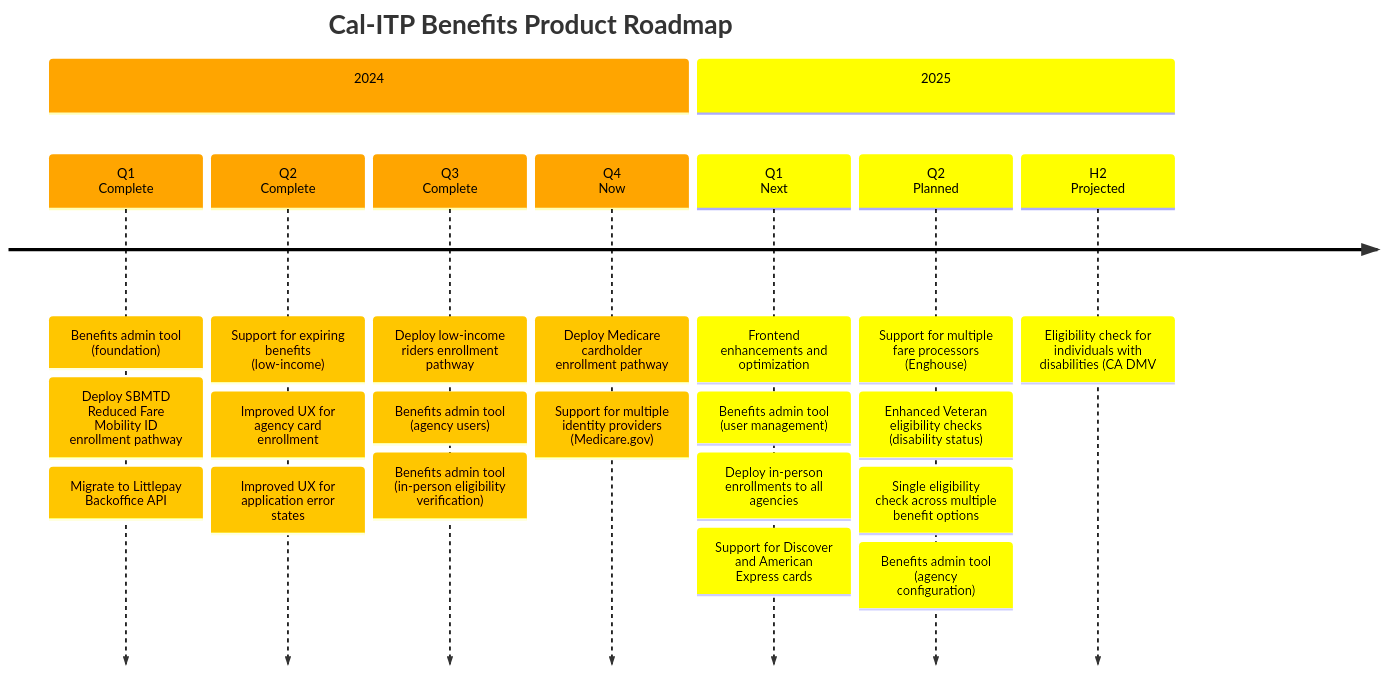
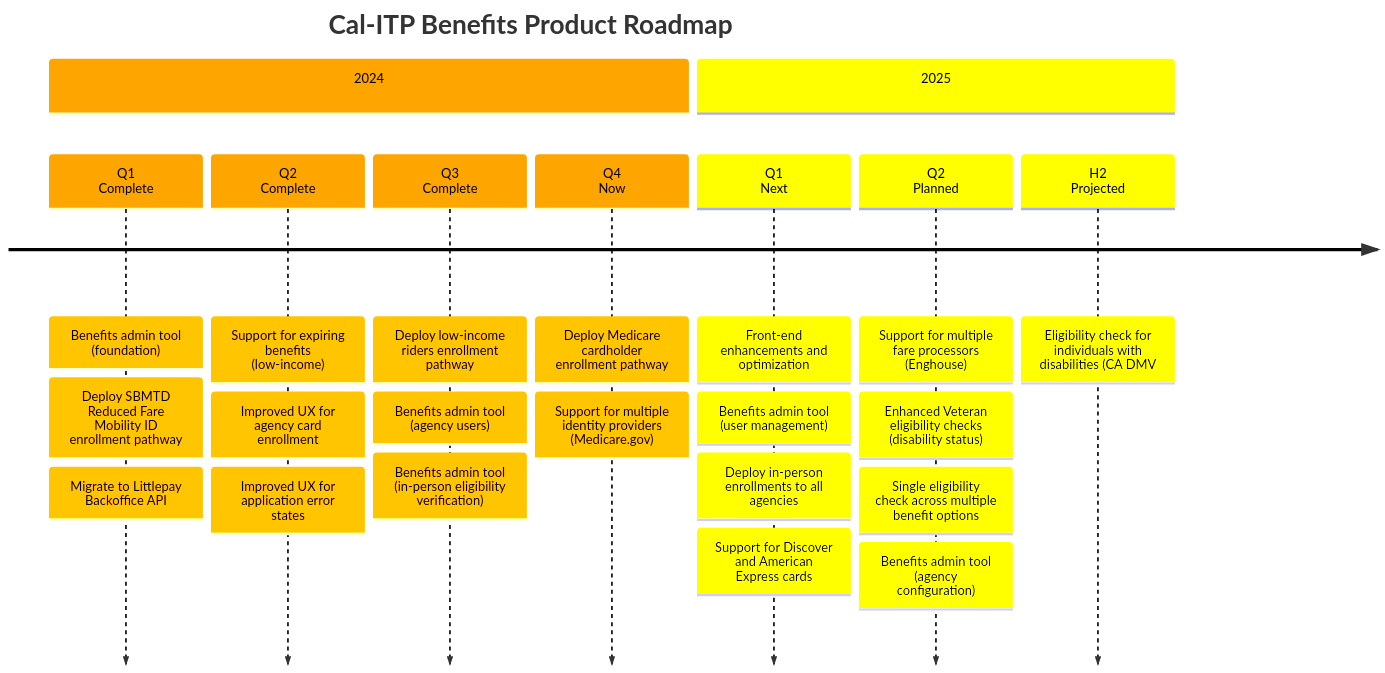
One commit to cal-itp/benefits changed the diagram in docs/enrollment-pathways/README.md. Above: the diagram before and after it, drawn with Mermaid.

````diff
--- a/docs/enrollment-pathways/README.md
+++ b/docs/enrollment-pathways/README.md
@@ -19,60 +19,60 @@
 ```mermaid
 timeline
     title Cal-ITP Benefits Product Roadmap
 %% Cal-ITP Benefits Epics (2024)
           section 2024
 
           Q1<br>Complete
           : Benefits admin tool (foundation)
           : Deploy SBMTD Reduced Fare Mobility ID enrollment pathway
           : Migrate to Littlepay Backoffice API
 
           Q2<br>Complete
           : Support for expiring benefits (low-income)
           : Improved UX for agency card enrollment
           : Improved UX for application error states
 
           Q3<br>Complete
           : Deploy low-income riders enrollment pathway
           : Benefits admin tool (agency users)
           : Benefits admin tool (in-person eligibility verification)
 
           Q4<br>Now
           : Deploy Medicare cardholder enrollment pathway
           : Support for multiple identity providers (Medicare.gov)
 
 %% Cal-ITP Benefits Epics (2025)
           section 2025
 
           Q1<br>Next
-        : Frontend enhancements and optimization
+        : Front-end enhancements and optimization
         : Benefits admin tool (user management)
         : Deploy in-person enrollments to all agencies
       %%: Deploy Connect Card enrollment pathway to SACOG agencies
         : Support for Discover and American Express cards
 
           Q2<br>Planned
         : Support for multiple fare processors (Enghouse)
         : Enhanced Veteran eligibility checks (disability status)
         : Single eligibility check across multiple benefit options
         : Benefits admin tool (agency configuration)
 
           H2<br>Projected
         : Eligibility check for individuals with disabilities (CA DMV
 
 %%{
     init: {
         'logLevel': 'debug',
         'theme': 'default' ,
         'themeVariables': {
             'cScale0': '#ffa500', 'cScaleLabel0': '#000000',
             'cScale1': '#ffff00', 'cScaleLabel1': '#000000',
             'cScale2': '#ffff00', 'cScaleLabel2': '#000000',
             'cScale3': '#008000', 'cScaleLabel3': '#ffffff',
             'cScale4': '#0000ff', 'cScaleLabel4': '#ffffff',
             'cScale5': '#4b0082', 'cScaleLabel5': '#ffffff',
             'cScale6': '#000000', 'cScaleLabel6': '#ffffff'
         }
     }
 }%%
 ```
````
